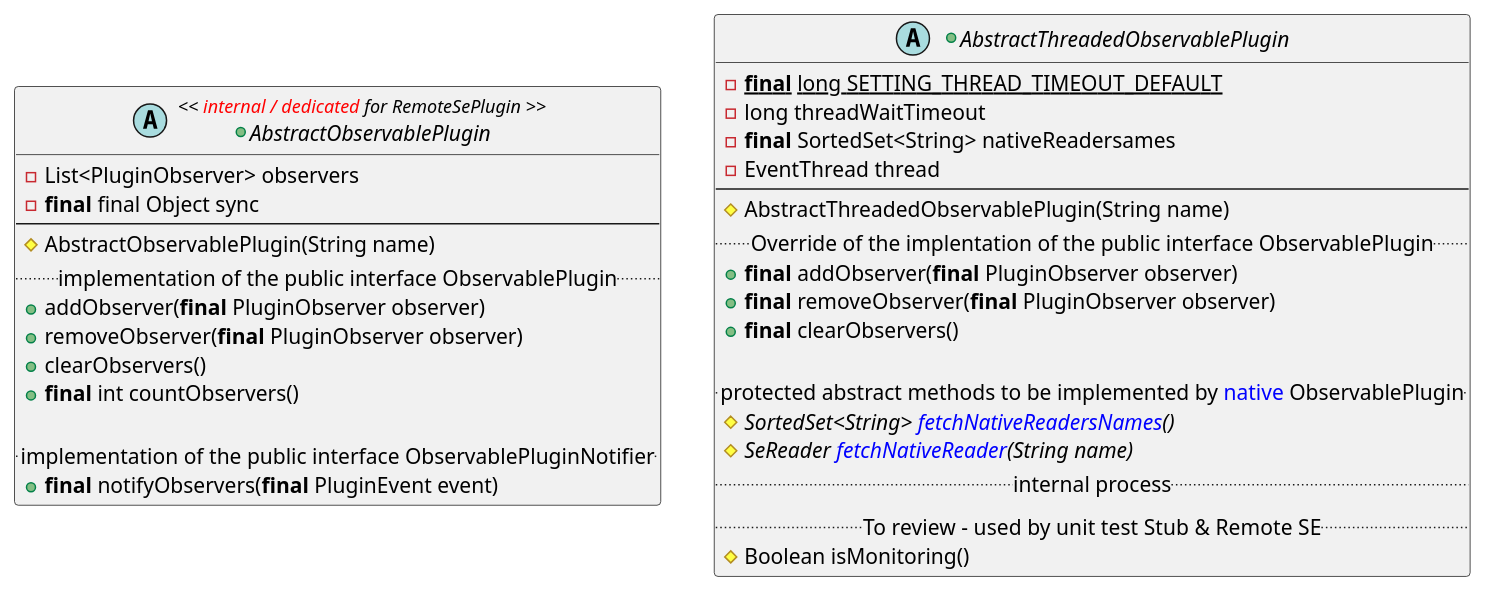
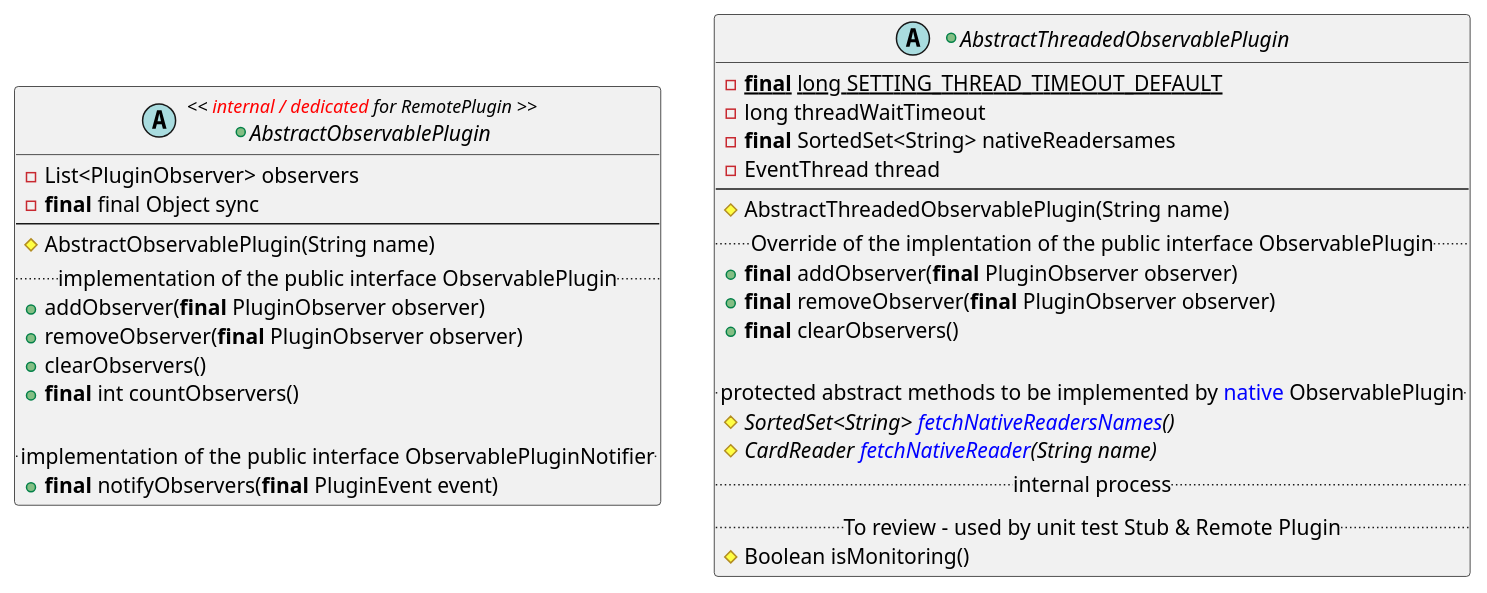
The seventh of 11 diagrams in src/KeypleCoreApi/puml/KeypleCore_Plugin_ClassDiag_ClassElements.iuml (calypsonet/keyple), drawn with PlantUML before and after one commit. The commit also changed other lines of this file and 10 other files, not shown here.

```diff
--- a/src/KeypleCoreApi/puml/KeypleCore_Plugin_ClassDiag_ClassElements.iuml
+++ b/src/KeypleCoreApi/puml/KeypleCore_Plugin_ClassDiag_ClassElements.iuml
@@ -72,39 +72,39 @@
 @startuml(id=PLUGIN_OBSERVALEPLUGIN_1_0_0)
-+abstract AbstractObservablePlugin << <color:red>internal / dedicated</color> for RemoteSePlugin >>{
++abstract AbstractObservablePlugin << <color:red>internal / dedicated</color> for RemotePlugin >>{
   -List<PluginObserver> observers
   -<b>final</b> final Object sync
   --
   #AbstractObservablePlugin(String name)
 '
   .. implementation of the public interface ObservablePlugin ..
   +addObserver(<b>final</b> PluginObserver observer)
   +removeObserver(<b>final</b> PluginObserver observer)
   +clearObservers()
   +<b>final</b> int countObservers()
 
   .. implementation of the public interface ObservablePluginNotifier ..
   +<b>final</b> notifyObservers(<b>final</b> PluginEvent event)
 }
 
 +abstract AbstractThreadedObservablePlugin {
   -{static}<b>final</b> long SETTING_THREAD_TIMEOUT_DEFAULT
   -long threadWaitTimeout
   -<b>final</b> SortedSet<String> nativeReadersames
   -EventThread thread
   --
   #AbstractThreadedObservablePlugin(String name)
 '
   .. Override of the implentation of the public interface ObservablePlugin ..
   +<b>final</b> addObserver(<b>final</b> PluginObserver observer)
   +<b>final</b> removeObserver(<b>final</b> PluginObserver observer)
   +<b>final</b> clearObservers()
 
   .. protected abstract methods to be implemented by <color:blue>native</color> ObservablePlugin ..
   #{abstract} SortedSet<String> <color:blue>fetchNativeReadersNames</color>()
-  #{abstract} SeReader <color:blue>fetchNativeReader</color>(String name)
+  #{abstract} CardReader <color:blue>fetchNativeReader</color>(String name)
 '
   .. internal process ..
-  .. To review - used by unit test Stub & Remote SE ..
+  .. To review - used by unit test Stub & Remote Plugin ..
   #Boolean isMonitoring()
 }
 @enduml
```
